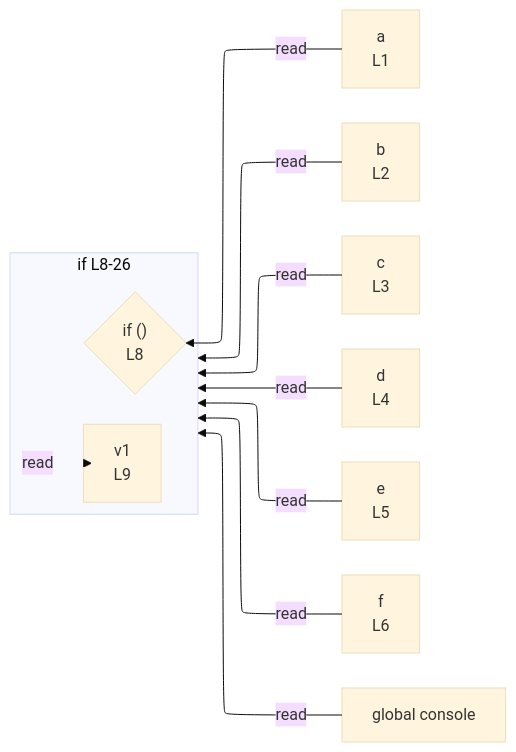
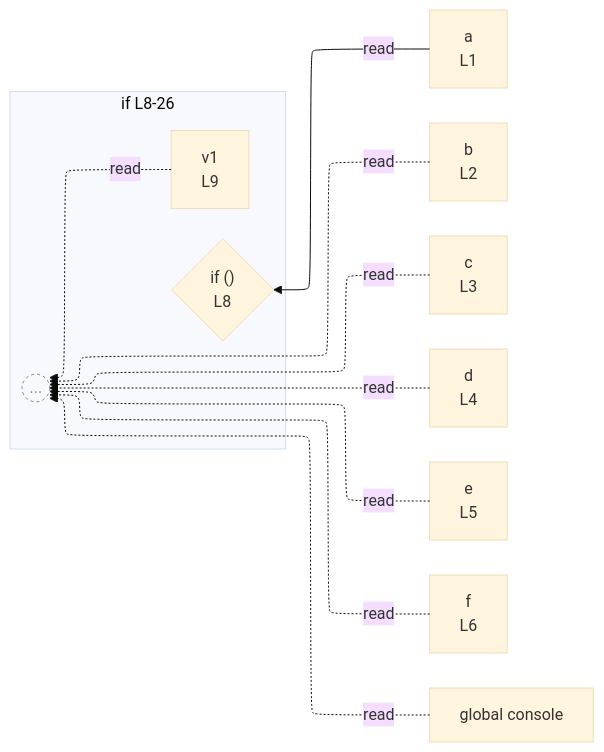
Before and after one commit to crescware/unsnarl: the diagram in integration/fixtures/app-behavior/depth/if/depth-1/preview.md, drawn with Mermaid (base theme). The commit also changed 72 other files, not shown here.

First line of the commit message:
Render anonymous collapsed scopes as a BeyondDepth `((...))` stub

````diff
--- a/integration/fixtures/app-behavior/depth/if/depth-1/preview.md
+++ b/integration/fixtures/app-behavior/depth/if/depth-1/preview.md
@@ -36,24 +36,27 @@
 ```mermaid
 %%{init: {"flowchart": {"defaultRenderer": "elk"}}}%%
 flowchart RL
   n_scope_0_a_6["a<br/>L1"]
   n_scope_0_b_22["b<br/>L2"]
   n_scope_0_c_38["c<br/>L3"]
   n_scope_0_d_54["d<br/>L4"]
   n_scope_0_e_70["e<br/>L5"]
   n_scope_0_f_86["f<br/>L6"]
   n_scope_0_console_324["global console"]
   subgraph s_scope_1["if L8-26"]
     direction RL
     if_test_scope_0_97{"if ()<br/>L8"}
     n_scope_1_v1_114["v1<br/>L9"]
+    beyond_depth_s_scope_1((...))
   end
   n_scope_0_a_6 -->|read| if_test_scope_0_97
-  n_scope_0_b_22 -->|read| s_scope_1
-  n_scope_1_v1_114 -->|read| s_scope_1
-  n_scope_0_c_38 -->|read| s_scope_1
-  n_scope_0_d_54 -->|read| s_scope_1
-  n_scope_0_e_70 -->|read| s_scope_1
-  n_scope_0_f_86 -->|read| s_scope_1
-  n_scope_0_console_324 -->|read| s_scope_1
+  n_scope_0_b_22 -.->|read| beyond_depth_s_scope_1
+  n_scope_1_v1_114 -.->|read| beyond_depth_s_scope_1
+  n_scope_0_c_38 -.->|read| beyond_depth_s_scope_1
+  n_scope_0_d_54 -.->|read| beyond_depth_s_scope_1
+  n_scope_0_e_70 -.->|read| beyond_depth_s_scope_1
+  n_scope_0_f_86 -.->|read| beyond_depth_s_scope_1
+  n_scope_0_console_324 -.->|read| beyond_depth_s_scope_1
+  classDef boundaryStub fill:transparent,stroke:#888,stroke-dasharray:3 3,color:#888;
+  class beyond_depth_s_scope_1 boundaryStub;
 ```
````
